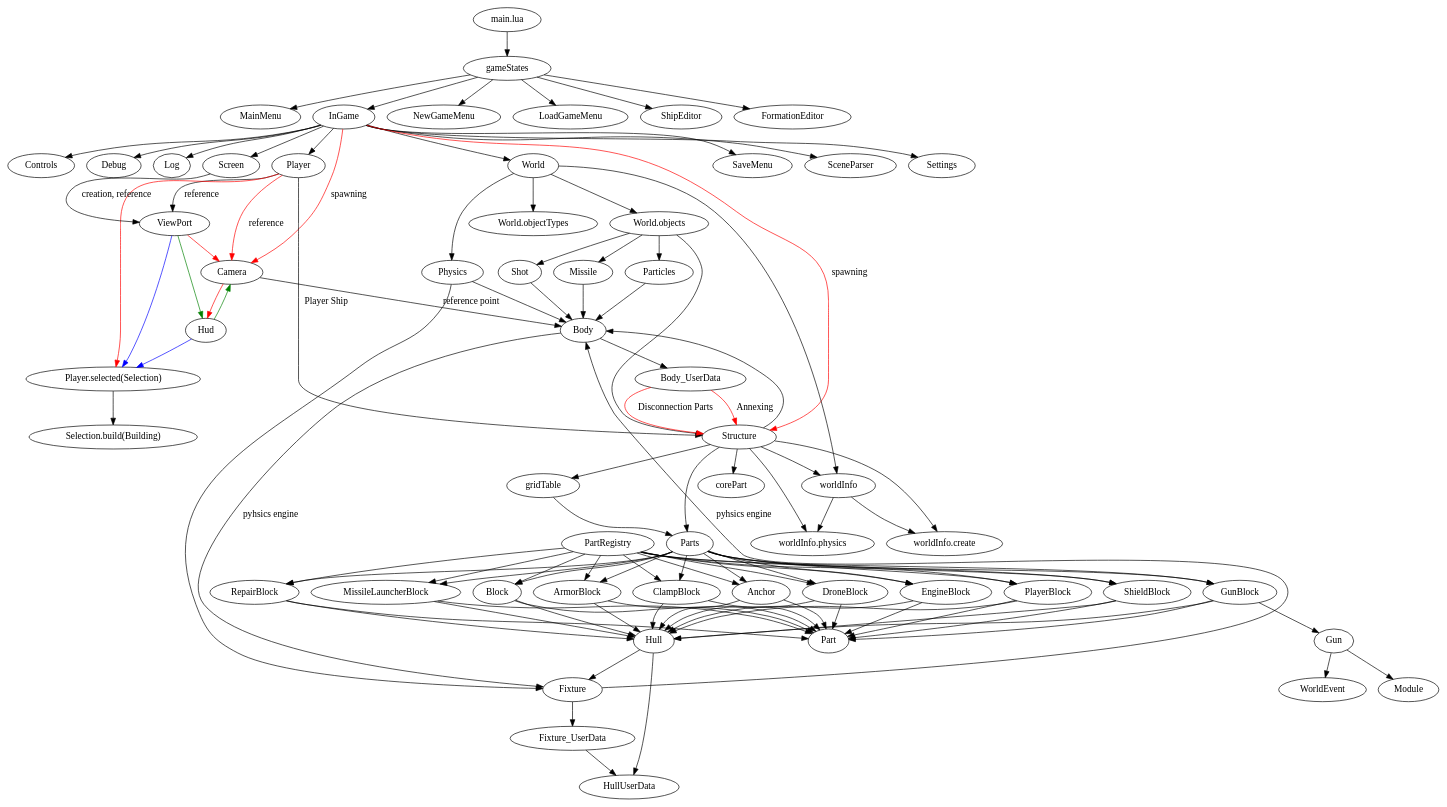
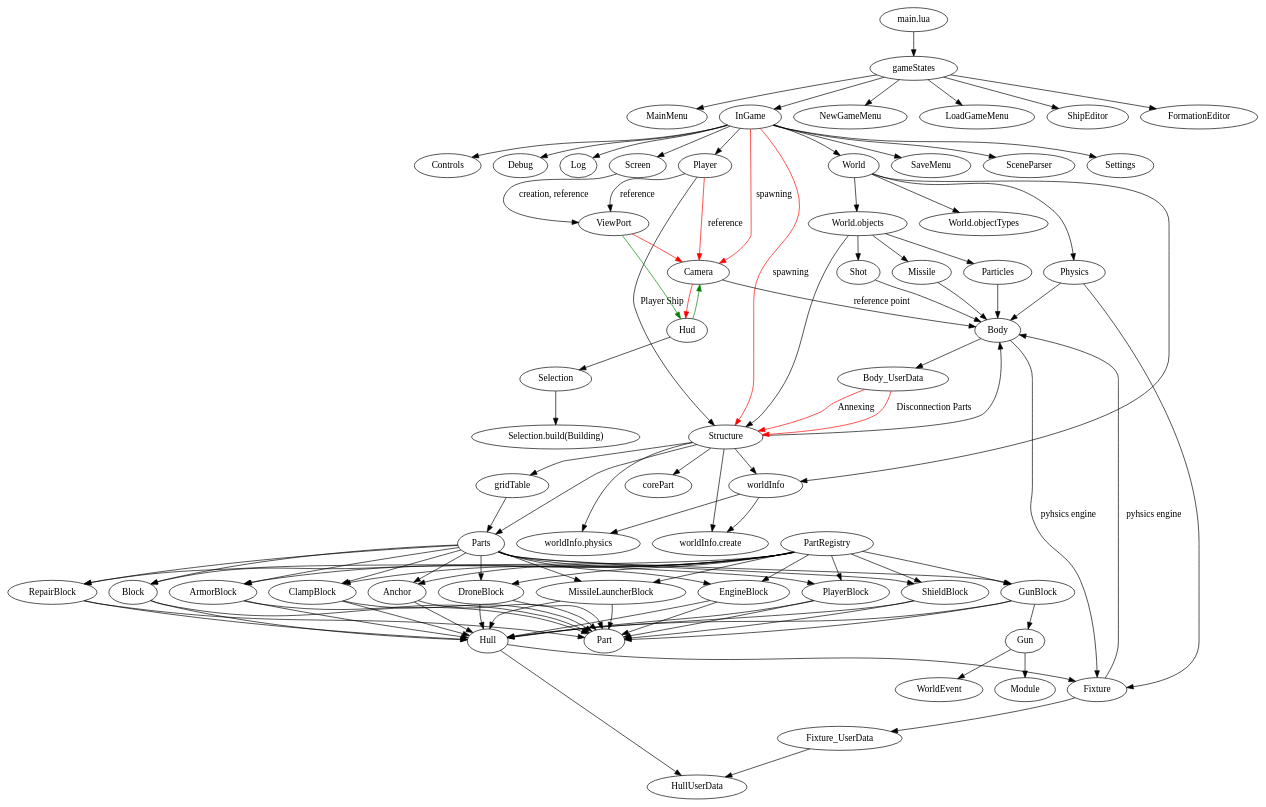
Before and after one commit to synthein/synthein: the diagram in docs/data_tree.dot, drawn with Graphviz. The commit also changed 7 other files, not shown here.

Commit message:
Refactor selection.lua to be owned by hud.lua (#512)

```diff
--- a/docs/data_tree.dot
+++ b/docs/data_tree.dot
@@ -1,160 +1,158 @@
 digraph {
 	main [label = "main.lua"]
 	main -> gameStates
 	
 	gameStates -> MainMenu
 	gameStates -> InGame
 	gameStates -> NewGameMenu
 	gameStates -> LoadGameMenu
 	gameStates -> ShipEditor
 	gameStates -> FormationEditor
 
 	InGame -> Controls
 	InGame -> Debug
 	InGame -> Log
 	InGame -> Player
 	InGame -> SaveMenu
 	InGame -> SceneParser
 	InGame -> Screen
 	InGame -> Settings
 	InGame -> World
 	InGame -> Camera [label = "spawning" color="red"]
 	InGame -> Structure [label = "spawning" color="red"]
-	
-	
+
+
 	Player -> ViewPort [label = "reference"]
 	Player -> Camera [label = "reference" color="red"]
-	Player -> Player_selected [color="red"]
 	Player -> Structure [label = "Player Ship"]
-	
-	Player_selected [label = "Player.selected(Selection)"]
-	Player_selected -> Selection_build
-	
+
+	Selection
+	Selection -> Selection_build
+
 	Selection_build [label = "Selection.build(Building)"]
-	
+
 	Screen -> ViewPort [label = "creation, reference"]
-	
+
 	ViewPort -> Hud [color="green"]
 	ViewPort -> Camera [color="red"]
-	ViewPort -> Player_selected [color="blue"]
-	
+
 	Hud -> Camera [color="green"]
-	Hud -> Player_selected [color="blue"]
-	
+	Hud -> Selection
+
 	Camera -> Hud [color="red"]
 	Camera -> Body [label="reference point"]
 	
 	World -> World_objectTypes
 	World -> World_objects
 	World -> Physics
 	World -> worldInfo
 	
 	worldInfo -> worldInfo_physics
 	worldInfo -> worldInfo_create
 	
 	worldInfo_physics [label="worldInfo.physics"]
 	worldInfo_create [label="worldInfo.create"]
 	
 	World_objectTypes [label = "World.objectTypes"]
 	
 	World_objects [label = "World.objects"]
 	World_objects -> Structure
 	World_objects -> Shot
 	World_objects -> Missile
 	World_objects -> Particles
 	
 	Structure
 	Structure -> worldInfo
 	Structure -> worldInfo_physics
 	Structure -> worldInfo_create
 	Structure -> corePart
 	Structure -> gridTable
 	Structure -> Body
 	Structure -> Parts
 	
 	gridTable -> Parts
 	
 	PartRegistry -> Block
 	PartRegistry -> EngineBlock
 	PartRegistry -> GunBlock
 	PartRegistry -> DroneBlock
 	PartRegistry -> PlayerBlock
 	PartRegistry -> Anchor
 	PartRegistry -> ArmorBlock
 	PartRegistry -> ShieldBlock
 	PartRegistry -> RepairBlock
 	PartRegistry -> MissileLauncherBlock
 	PartRegistry -> ClampBlock
 	
 	Parts -> Block
 	Parts -> EngineBlock
 	Parts -> GunBlock
 	Parts -> DroneBlock
 	Parts -> PlayerBlock
 	Parts -> Anchor
 	Parts -> ArmorBlock
 	Parts -> ShieldBlock
 	Parts -> RepairBlock
 	Parts -> MissileLauncherBlock
 	Parts -> ClampBlock
 	
 	Block -> Part
 	Block -> Hull
 	
 	EngineBlock -> Part
 	EngineBlock -> Hull
 	
 	GunBlock -> Part
 	GunBlock -> Hull
 	GunBlock -> Gun
 	
 	Gun -> Module
 	Gun -> WorldEvent
 	
 	DroneBlock -> Part
 	DroneBlock -> Hull
 	
 	PlayerBlock -> Part
 	PlayerBlock -> Hull
 	
 	Anchor -> Part
 	Anchor -> Hull
 	
 	ArmorBlock -> Part
 	ArmorBlock -> Hull
 	
 	ShieldBlock -> Part
 	ShieldBlock -> Hull
 	
 	RepairBlock -> Part
 	RepairBlock -> Hull
 	
 	MissileLauncherBlock -> Part 
 	MissileLauncherBlock -> Hull
 	
 	ClampBlock -> Part
 	ClampBlock -> Hull
 	
 	Hull -> Fixture
 	Hull -> HullUserData
 	
 	Shot -> Body
 	Missile -> Body
 	Particles -> Body
 	
 	Physics -> Body
 	Physics -> Fixture
 	
 	Body -> Fixture [label = "pyhsics engine"]
 	Body -> Body_UserData
 	
 	Body_UserData -> Structure [label = "Annexing" color="red"]
 	Body_UserData -> Structure [label = "Disconnection Parts" color="red"]
 
 	Fixture -> Body [label = "pyhsics engine"]
 	Fixture -> Fixture_UserData
 	
 	Fixture_UserData -> HullUserData
 	
 	
 }
```
